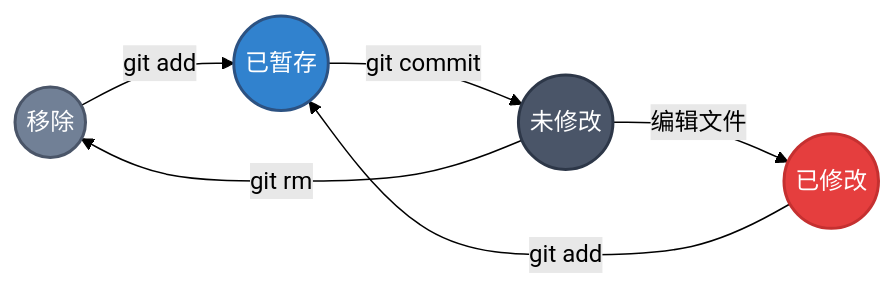
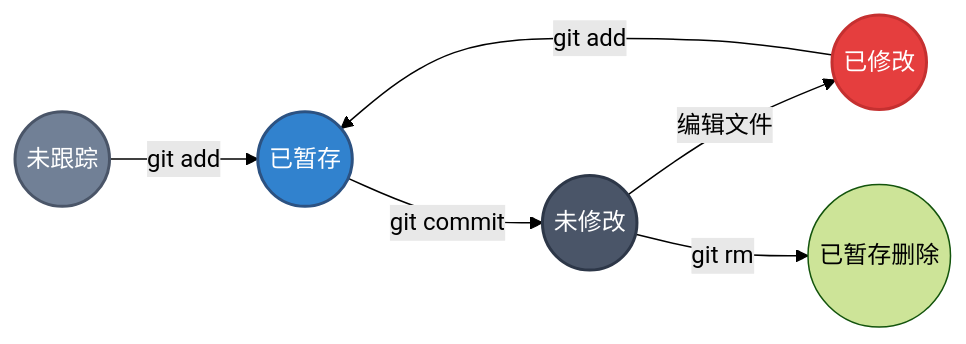
One commit to VrianCao/GitTour changed the diagram in src/content/docs/02-basics/02-recording-changes.md. Above: the diagram before and after it, drawn with Mermaid (forest theme). The commit also changed other lines of this file and 44 other files, not shown here.

````diff
--- a/src/content/docs/02-basics/02-recording-changes.md
+++ b/src/content/docs/02-basics/02-recording-changes.md
@@ -22,19 +22,19 @@
 ```mermaid
 graph LR
     Untracked((未跟踪)) -- "git add" --> Staged
     Unmodified((未修改)) -- 编辑文件 --> Modified((已修改))
     Modified -- "git add" --> Staged((已暂存))
     Staged -- "git commit" --> Unmodified
-    Unmodified -- "git rm" --> Untracked((移除))
+    Unmodified -- "git rm" --> StagedDel((已暂存删除))
 
     %% 定义适配亮/暗模式的样式类
     classDef untrackedNode fill:#718096,stroke:#4a5568,color:#fff,stroke-width:2px
     classDef unmodifiedNode fill:#4a5568,stroke:#2d3748,color:#fff,stroke-width:2px
     classDef modifiedNode fill:#e53e3e,stroke:#c53030,color:#fff,stroke-width:2px
     classDef stagedNode fill:#3182ce,stroke:#2c5282,color:#fff,stroke-width:2px
 
     class Untracked untrackedNode
     class Unmodified unmodifiedNode
     class Modified modifiedNode
     class Staged stagedNode
 ```
````
